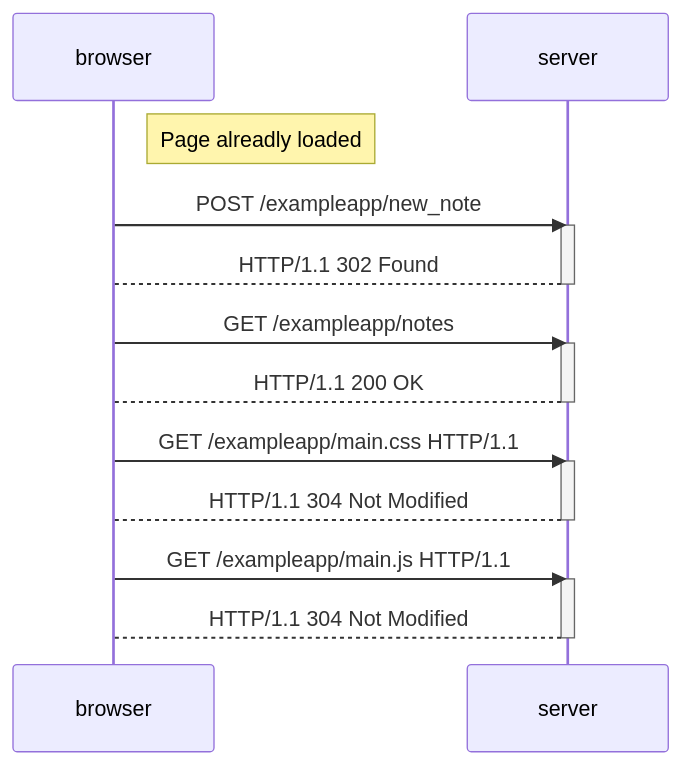
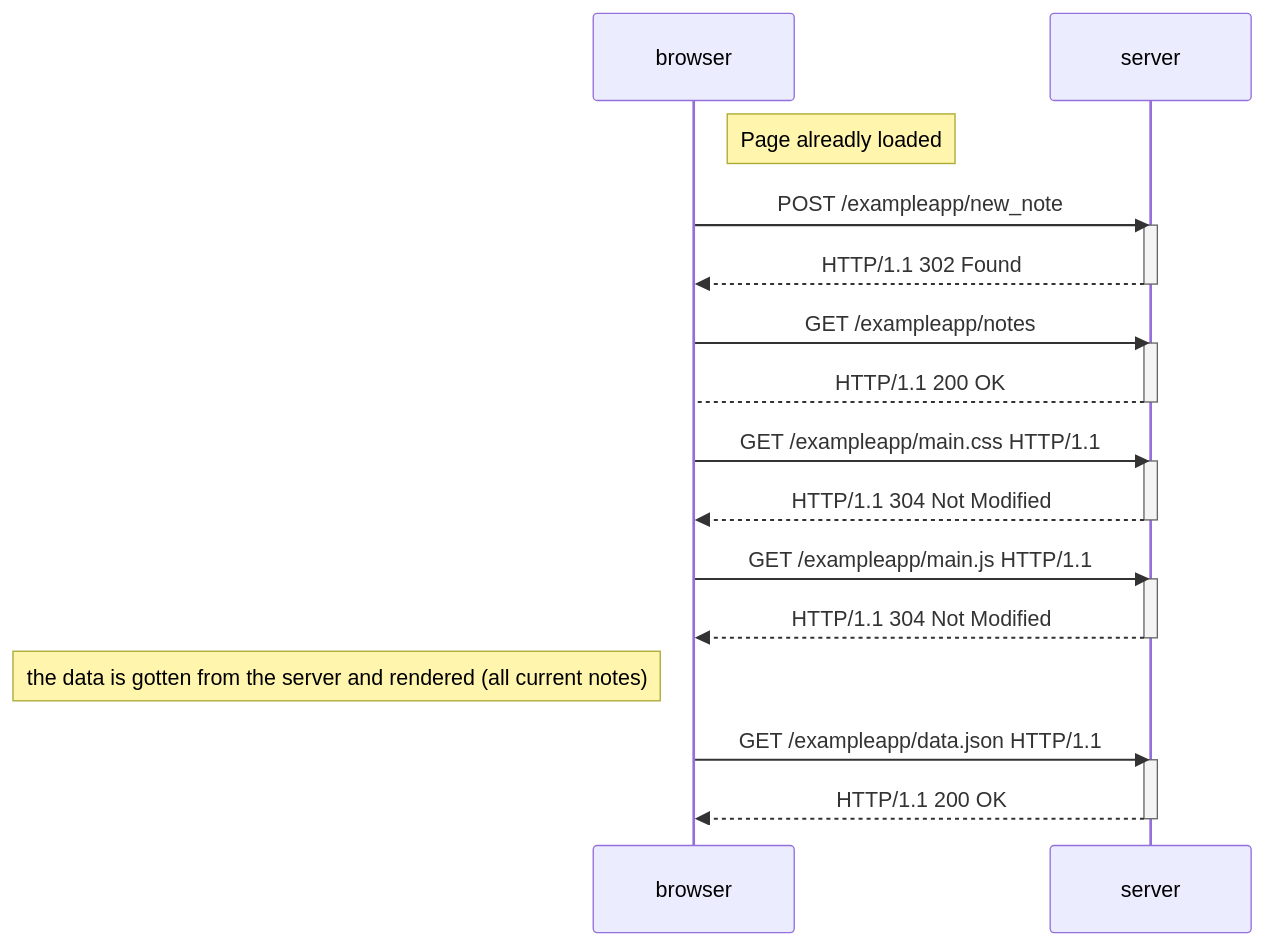
One commit to erdelp/fsopen-helsinki changed the diagram in part0/0.4-new-note-diagram.md. Above: the diagram before and after it, drawn with Mermaid.

````diff
--- a/part0/0.4-new-note-diagram.md
+++ b/part0/0.4-new-note-diagram.md
@@ -1,31 +1,36 @@
 ```mermaid
 sequenceDiagram
   participant browser
   participant server
 
   Note right of browser: Page alreadly loaded
 
   browser->>server: POST /exampleapp/new_note
   activate server
-  server-->browser: HTTP/1.1 302 Found
+  server-->>browser: HTTP/1.1 302 Found
   deactivate server
 
 
   browser->>server: GET /exampleapp/notes
   activate server
   server-->browser: HTTP/1.1 200 OK
   deactivate server
 
   browser->>server: GET /exampleapp/main.css HTTP/1.1
   activate server
-  server-->browser: HTTP/1.1 304 Not Modified
+  server-->>browser: HTTP/1.1 304 Not Modified
   deactivate server
 
   browser->>server: GET /exampleapp/main.js HTTP/1.1
   activate server
-  server-->browser: HTTP/1.1 304 Not Modified
+  server-->>browser: HTTP/1.1 304 Not Modified
   deactivate server
 
+  Note left of browser: the data is gotten from the server and rendered (all current notes)
+  browser->>server: GET /exampleapp/data.json HTTP/1.1
+  activate server
+  server-->>browser: HTTP/1.1 200 OK
+  deactivate server
 
   
 ```
````
